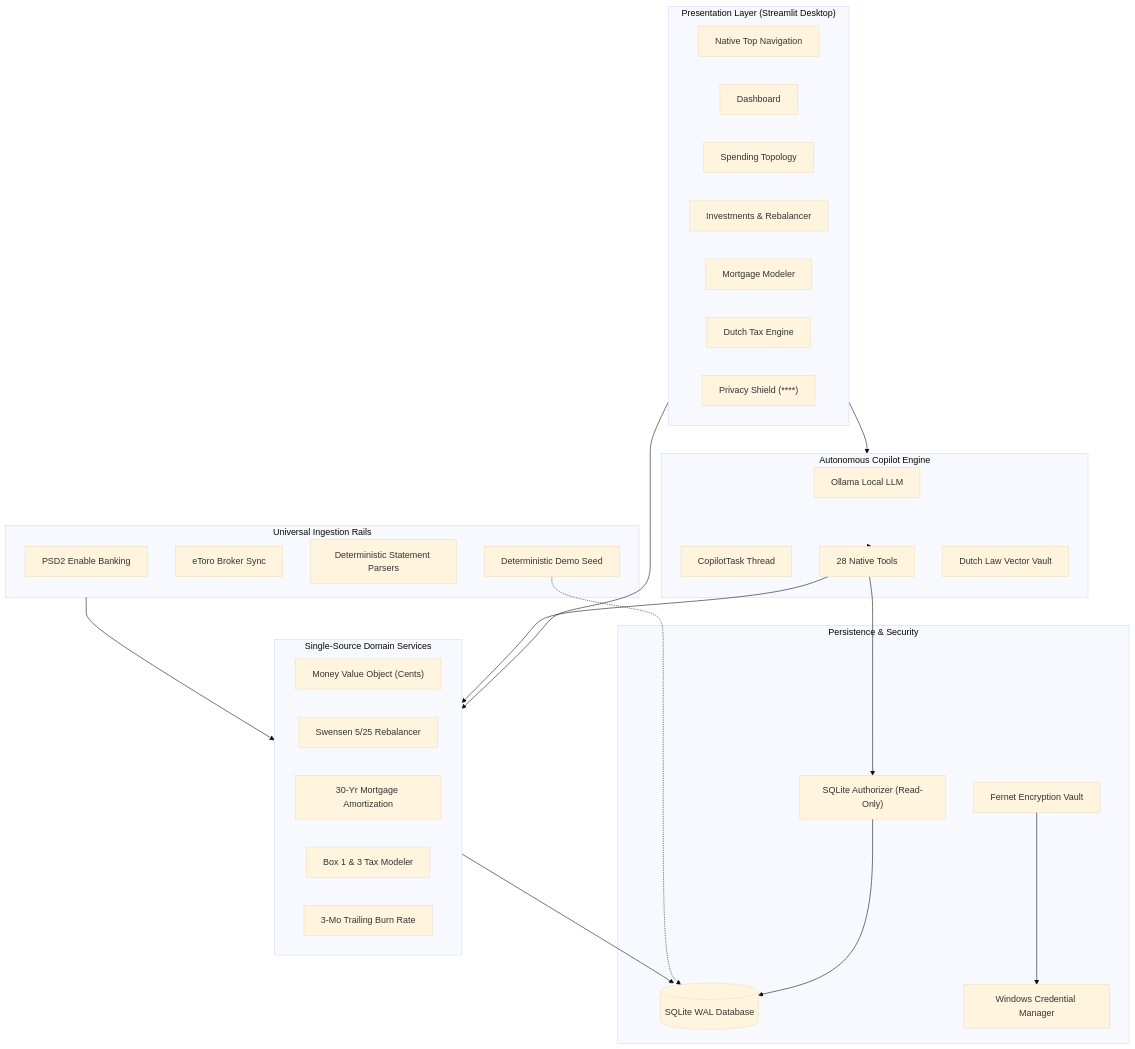
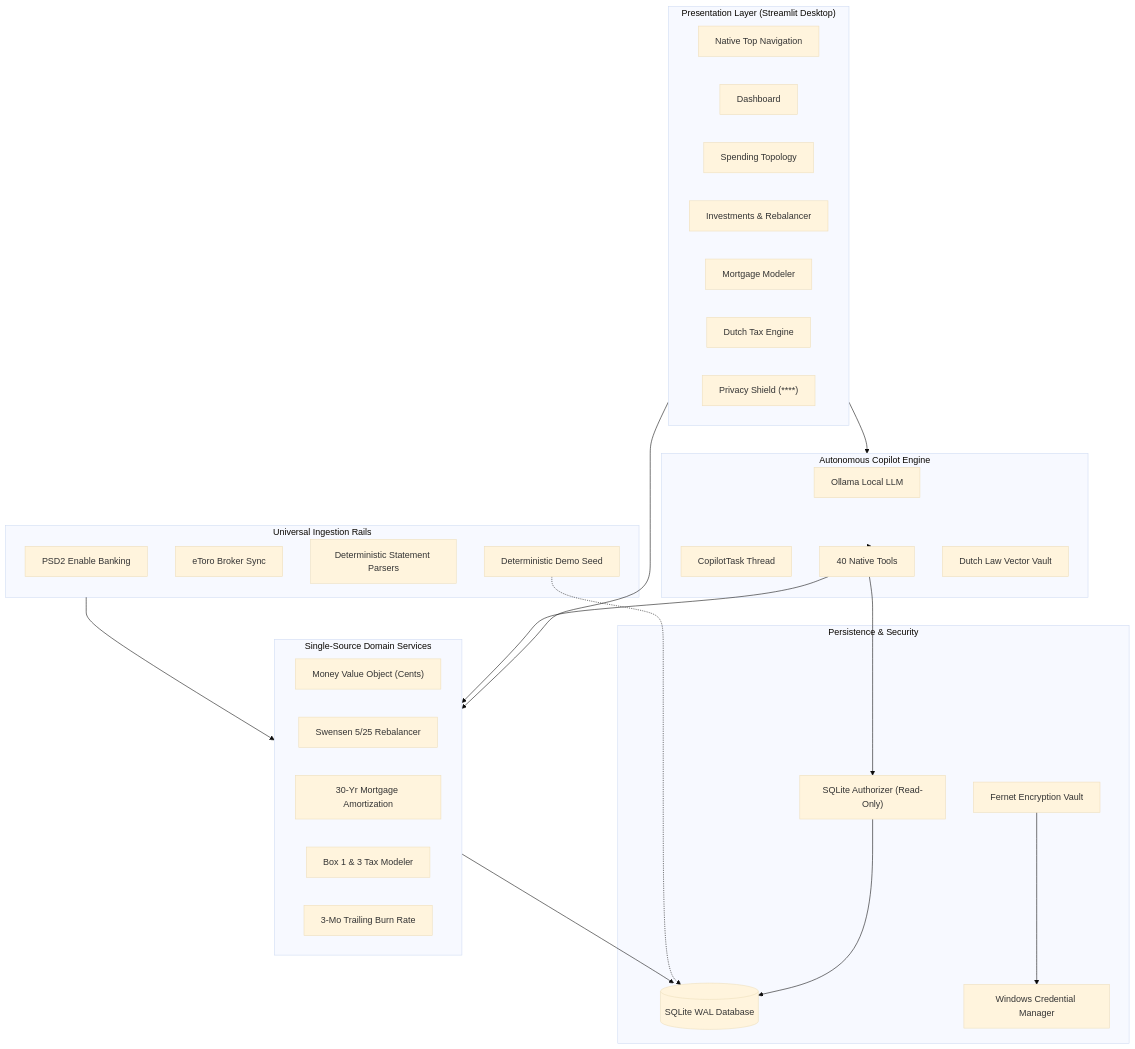
One commit to ayushj190/personal-finance-assistant changed the diagram in README.md. Above: the diagram before and after it, drawn with Mermaid (base theme). The commit also changed other lines of this file and 70 other files, not shown here.

````diff
--- a/README.md
+++ b/README.md
@@ -40,52 +40,52 @@
 ```mermaid
 flowchart TD
     subgraph UI["Presentation Layer (Streamlit Desktop)"]
         Nav["Native Top Navigation"]
         Dash["Dashboard"]
         Spend["Spending Topology"]
         Invest["Investments & Rebalancer"]
         Mort["Mortgage Modeler"]
         Tax["Dutch Tax Engine"]
         Shield["Privacy Shield (****)"]
     end
 
     subgraph Agent["Autonomous Copilot Engine"]
         Copilot["Ollama Local LLM"]
         Task["CopilotTask Thread"]
-        Tools["28 Native Tools"]
+        Tools["40 Native Tools"]
         VaultRAG["Dutch Law Vector Vault"]
     end
 
     subgraph Domain["Single-Source Domain Services"]
         MoneyCore["Money Value Object (Cents)"]
         Rebal["Swensen 5/25 Rebalancer"]
         MortgageCalc["30-Yr Mortgage Amortization"]
         TaxCalc["Box 1 & 3 Tax Modeler"]
         BurnRate["3-Mo Trailing Burn Rate"]
     end
 
     subgraph Rails["Universal Ingestion Rails"]
         PSD2["PSD2 Enable Banking"]
         eToro["eToro Broker Sync"]
         Parsers["Deterministic Statement Parsers"]
         Seed["Deterministic Demo Seed"]
     end
 
     subgraph Storage["Persistence & Security"]
         AuthSQL["SQLite Authorizer (Read-Only)"]
         DB[("SQLite WAL Database")]
         Vault["Fernet Encryption Vault"]
         Keyring["Windows Credential Manager"]
     end
 
     UI --> Domain
     UI --> Agent
     Agent --> Tools
     Tools --> Domain
     Tools --> AuthSQL
     AuthSQL --> DB
     Rails --> Domain
     Domain --> DB
     Vault --> Keyring
     Seed -.-> DB
 ```
````
